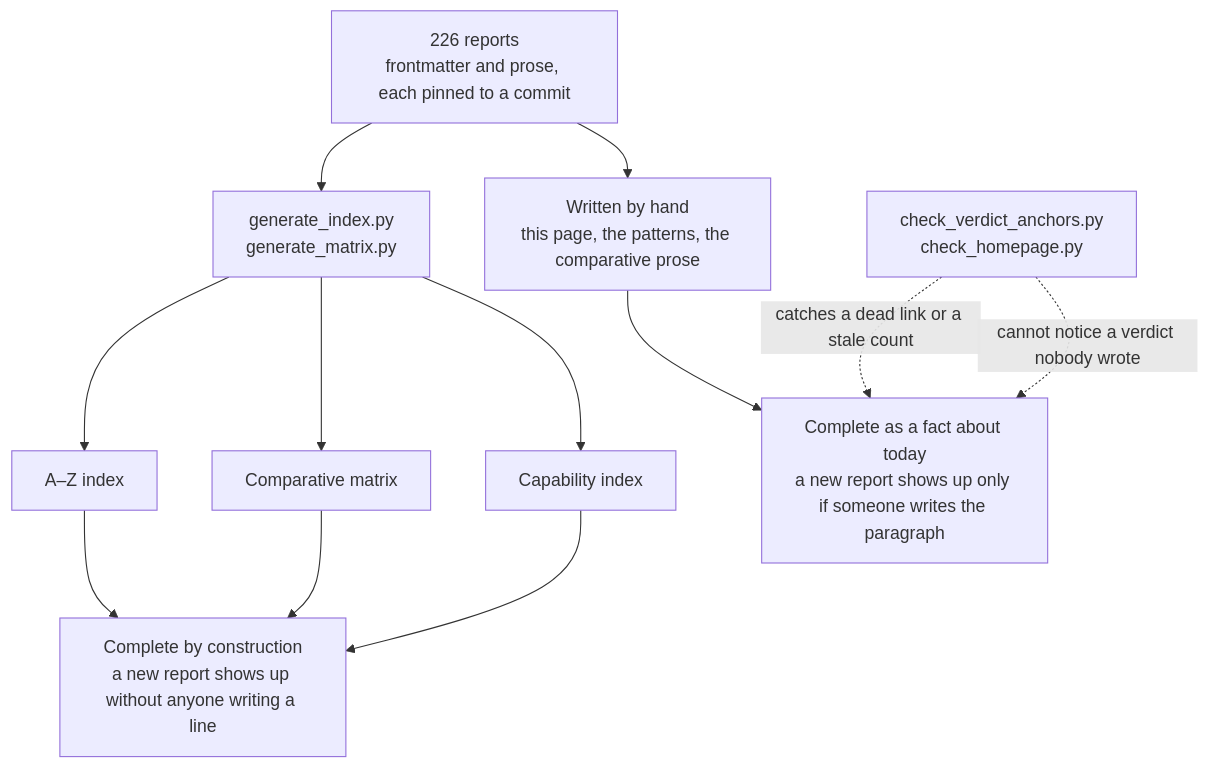
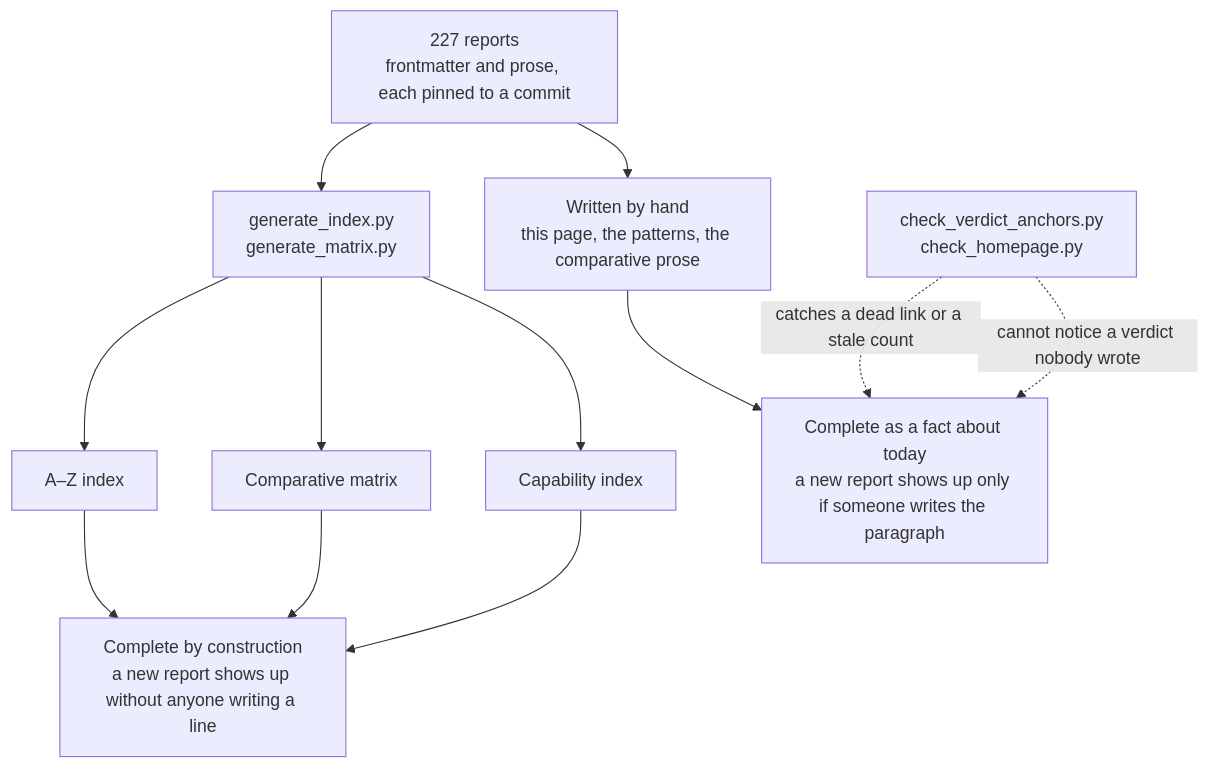
The diagram in content/verdicts.md (neoneye/agent-memory-atlas), drawn with Mermaid before and after one commit. The commit also changed other lines of this file and 245 other files, not shown here.

````diff
--- a/content/verdicts.md
+++ b/content/verdicts.md
@@ -40,15 +40,15 @@
 ```mermaid
 flowchart TD
-    R["226 reports<br/>frontmatter and prose, each pinned to a commit"]
+    R["227 reports<br/>frontmatter and prose, each pinned to a commit"]
     R --> GEN["generate_index.py<br/>generate_matrix.py"]
     R --> HAND["Written by hand<br/>this page, the patterns, the comparative prose"]
     GEN --> AZ["A–Z index"]
     GEN --> MX["Comparative matrix"]
     GEN --> CI["Capability index"]
     AZ --> CONST["Complete by construction<br/>a new report shows up without anyone writing a line"]
     MX --> CONST
     CI --> CONST
     HAND --> TODAY["Complete as a fact about today<br/>a new report shows up only if someone writes the paragraph"]
     CHK["check_verdict_anchors.py<br/>check_homepage.py"] -.->|"catches a dead link or a stale count"| TODAY
     CHK -.->|"cannot notice a verdict nobody wrote"| TODAY
 ```
````
